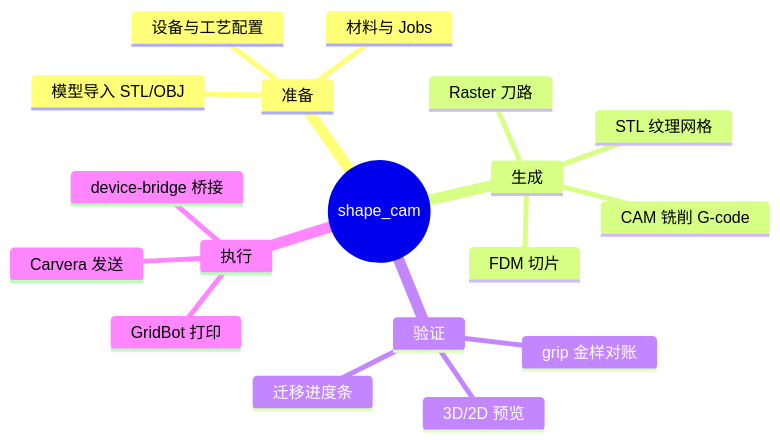
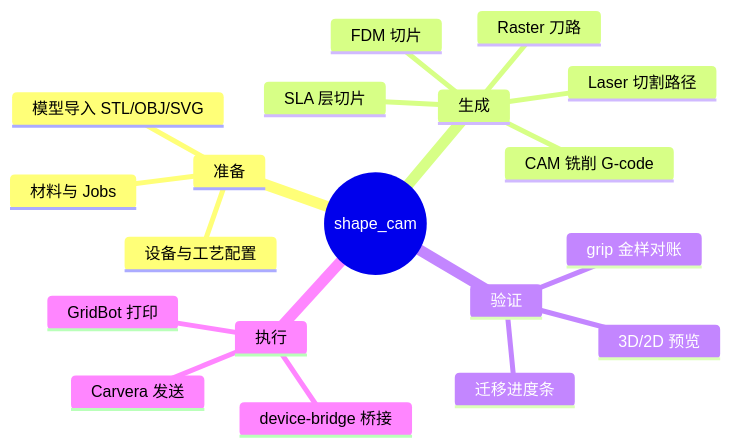
One commit to Yaotiejun/webacm changed the first of 11 diagrams in docs/BUSINESS-ARCHITECTURE.md. Above: the diagram before and after it, drawn with Mermaid. The commit also changed other lines of this file and 452 other files, not shown here.

First line of the commit message:
feat: Laser/SLA 工作区、Kiri legacy 静态打包与 CAM/FDM 能力扩展

````diff
--- a/docs/BUSINESS-ARCHITECTURE.md
+++ b/docs/BUSINESS-ARCHITECTURE.md
@@ -19,21 +19,22 @@
 ```mermaid
 mindmap
   root((shape_cam))
     准备
-      模型导入 STL/OBJ
+      模型导入 STL/OBJ/SVG
       设备与工艺配置
       材料与 Jobs
     生成
       CAM 铣削 G-code
+      Laser 切割路径
       FDM 切片
+      SLA 层切片
       Raster 刀路
-      STL 纹理网格
     验证
       3D/2D 预览
       grip 金样对账
       迁移进度条
     执行
       Carvera 发送
       GridBot 打印
       device-bridge 桥接
 ```
````
